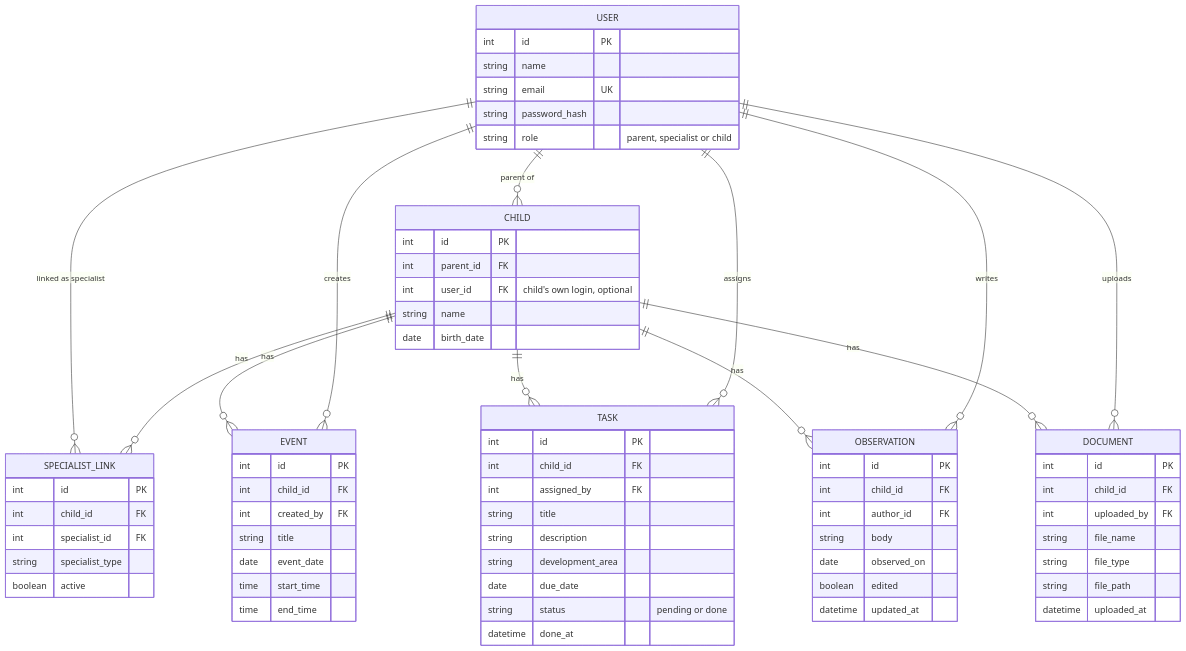
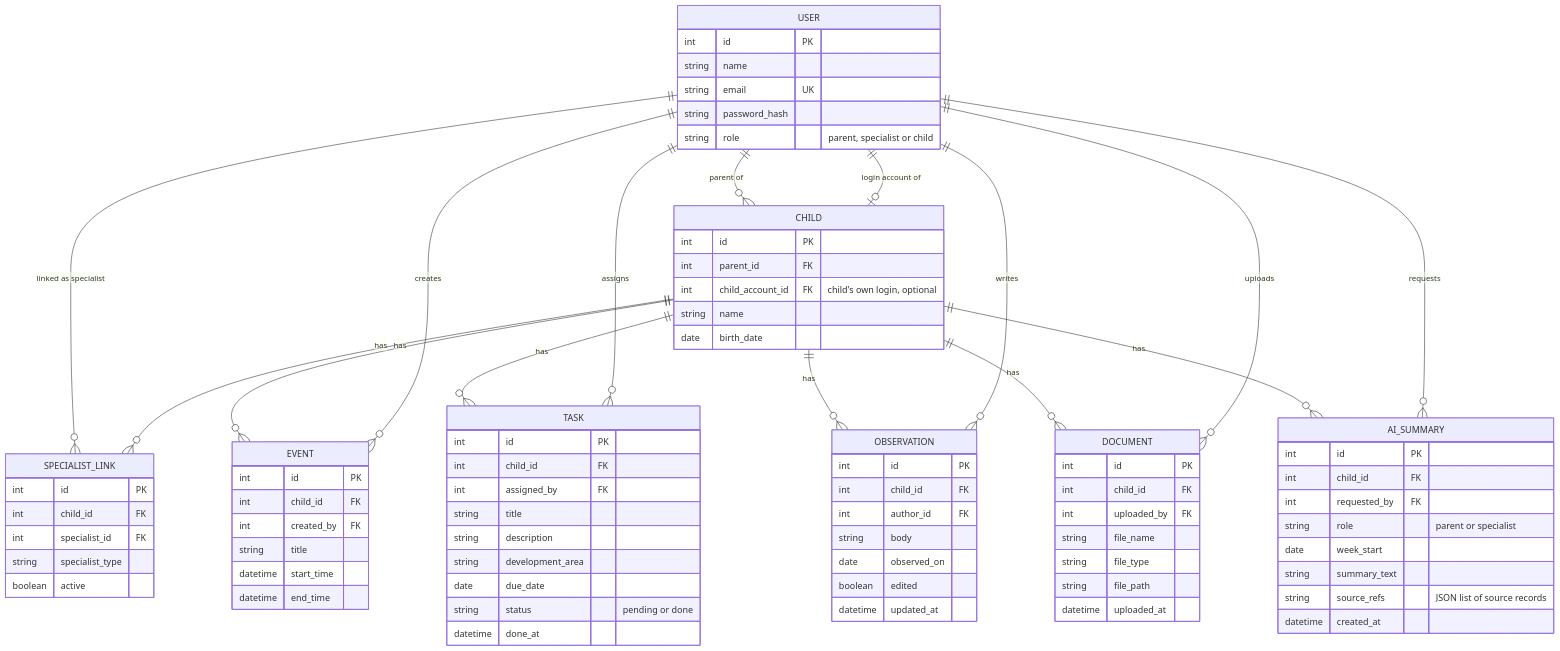
Before and after one commit to SENG383-Web2Dev/WebProject: the second of 5 diagrams in docs/SDD.md, drawn with Mermaid. The commit also changed other lines of this file, not shown here.

````diff
--- a/docs/SDD.md
+++ b/docs/SDD.md
@@ -59,16 +68,19 @@
 ```mermaid
 erDiagram
     USER ||--o{ CHILD : "parent of"
+    USER ||--o| CHILD : "login account of"
     USER ||--o{ SPECIALIST_LINK : "linked as specialist"
     CHILD ||--o{ SPECIALIST_LINK : "has"
     CHILD ||--o{ EVENT : "has"
     CHILD ||--o{ TASK : "has"
     CHILD ||--o{ OBSERVATION : "has"
     CHILD ||--o{ DOCUMENT : "has"
+    CHILD ||--o{ AI_SUMMARY : "has"
     USER ||--o{ EVENT : "creates"
     USER ||--o{ TASK : "assigns"
     USER ||--o{ OBSERVATION : "writes"
     USER ||--o{ DOCUMENT : "uploads"
+    USER ||--o{ AI_SUMMARY : "requests"
 
     USER {
         int id PK
@@ -80,7 +92,7 @@
     CHILD {
         int id PK
         int parent_id FK
-        int user_id FK "child's own login, optional"
+        int child_account_id FK "child's own login, optional"
         string name
         date birth_date
     }
@@ -96,9 +108,8 @@
         int child_id FK
         int created_by FK
         string title
-        date event_date
-        time start_time
-        time end_time
+        datetime start_time
+        datetime end_time
     }
     TASK {
         int id PK
@@ -129,4 +140,14 @@
         string file_path
         datetime uploaded_at
     }
+    AI_SUMMARY {
+        int id PK
+        int child_id FK
+        int requested_by FK
+        string role "parent or specialist"
+        date week_start
+        string summary_text
+        string source_refs "JSON list of source records"
+        datetime created_at
+    }
 ```
````
